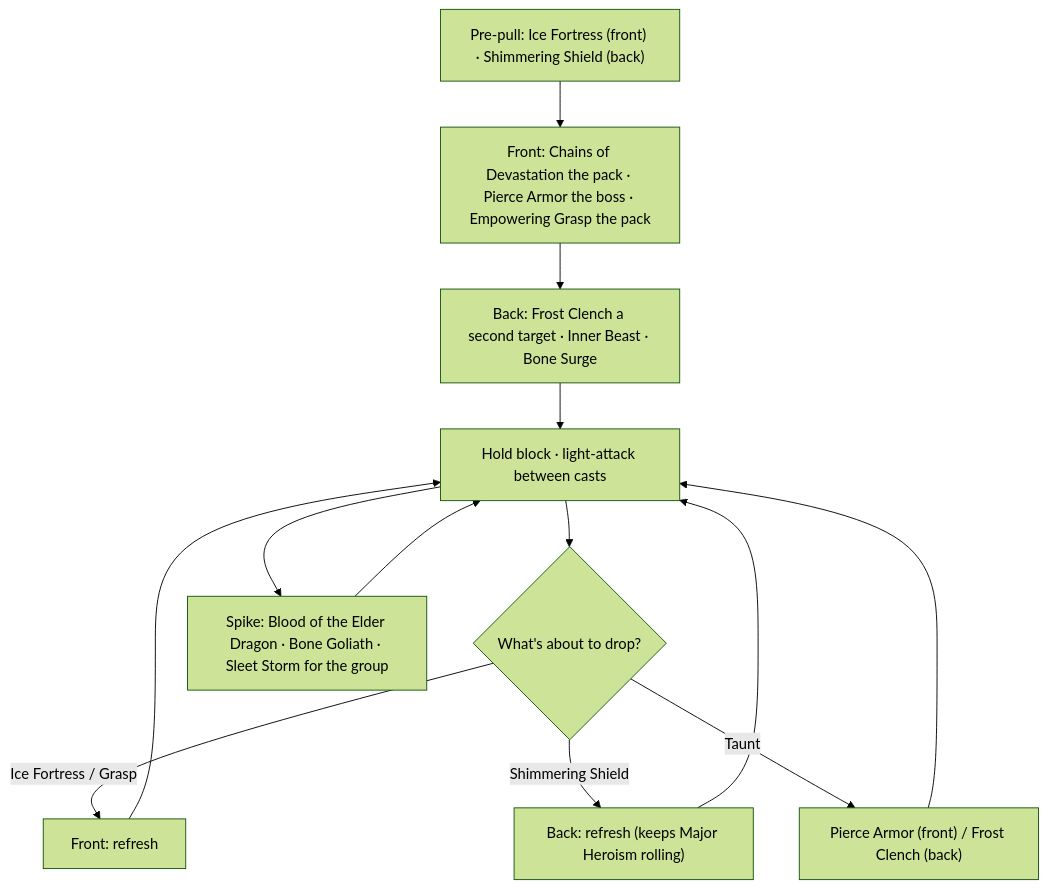
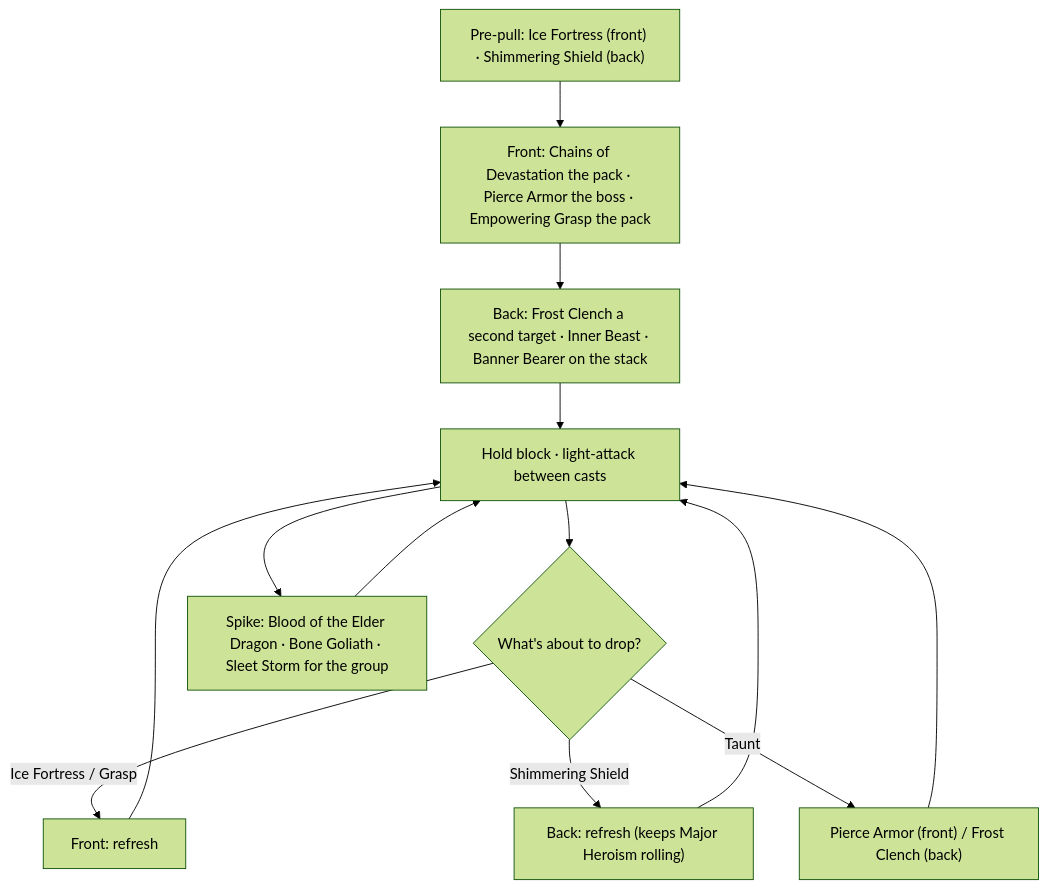
Before and after one commit to solaegis/CharacterMarkdown: the second of 2 diagrams in examples/solaegis/eu/sea_wolf_plan.md, drawn with Mermaid (forest theme). The commit also changed other lines of this file and 2 other files, not shown here.

````diff
--- a/examples/solaegis/eu/sea_wolf_plan.md
+++ b/examples/solaegis/eu/sea_wolf_plan.md
@@ -170,15 +200,15 @@
 ```mermaid
 flowchart TD
     pre["Pre-pull: Ice Fortress (front) · Shimmering Shield (back)"] --> pull["Front: Chains of Devastation the pack · Pierce Armor the boss · Empowering Grasp the pack"]
-    pull --> swap["Back: Frost Clench a second target · Inner Beast · Bone Surge"]
+    pull --> swap["Back: Frost Clench a second target · Inner Beast · Banner Bearer on the stack"]
     swap --> hold["Hold block · light-attack between casts"]
     hold --> refresh{"What's about to drop?"}
     refresh -->|Ice Fortress / Grasp| front["Front: refresh"]
     refresh -->|Shimmering Shield| back["Back: refresh (keeps Major Heroism rolling)"]
     refresh -->|Taunt| taunt["Pierce Armor (front) / Frost Clench (back)"]
     front --> hold
     back --> hold
     taunt --> hold
     hold --> spike["Spike: Blood of the Elder Dragon · Bone Goliath · Sleet Storm for the group"]
     spike --> hold
 ```
````
